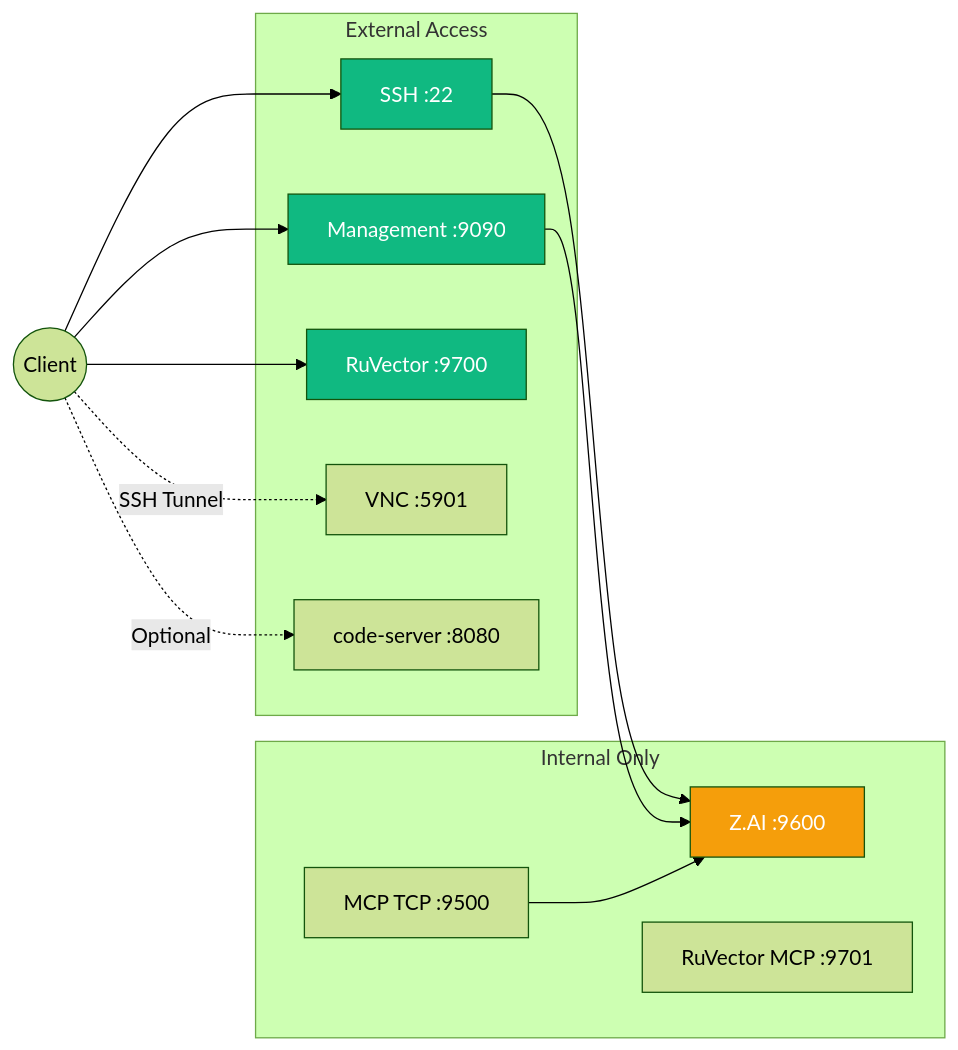
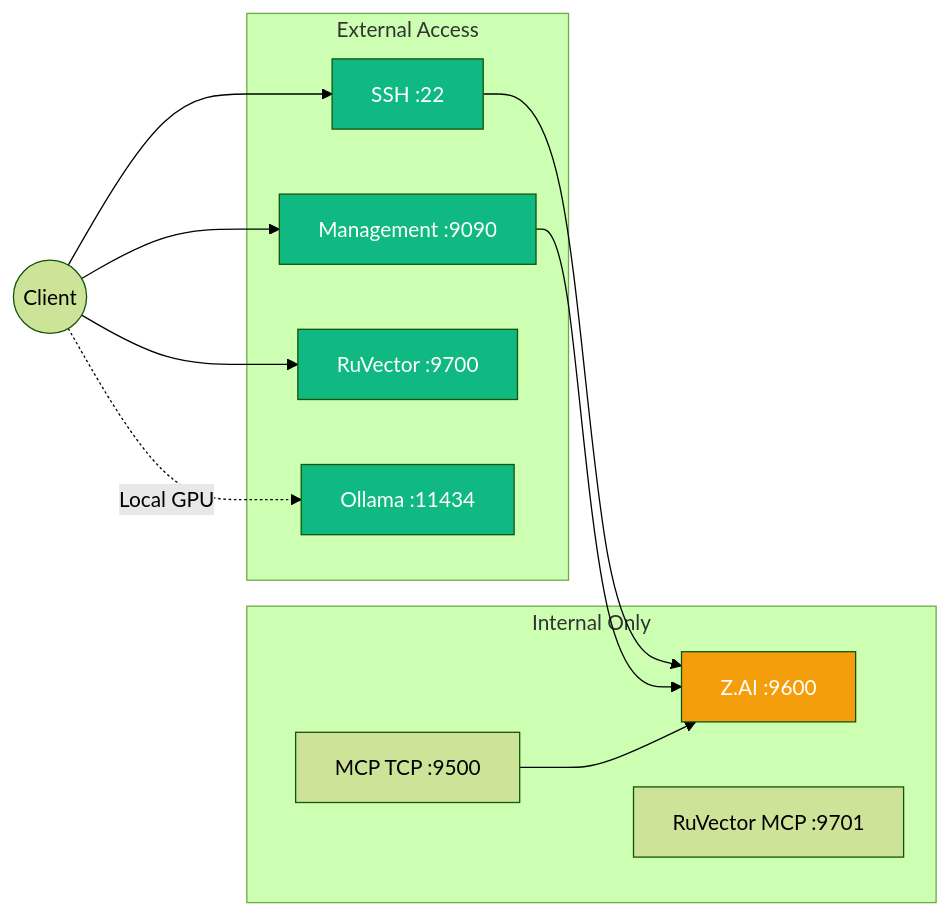
The third of 9 diagrams in README.md (DreamLab-AI/agentbox), drawn with Mermaid (forest theme) before and after one commit. The commit also changed other lines of this file and 5 other files, not shown here.

First line of the commit message:
Add local AMD GPU inference via Ollama Vulkan, document deployment modes

````diff
--- a/README.md
+++ b/README.md
@@ -157,31 +312,30 @@
 ```mermaid
 graph LR
     subgraph "External Access"
         SSH[SSH :22]
         MGMT[Management :9090]
         RUV[RuVector :9700]
-        VNC[VNC :5901]
-        CODE[code-server :8080]
+        OLLAMA_PORT[Ollama :11434]
     end
 
     subgraph "Internal Only"
         ZAI[Z.AI :9600]
         MCP[MCP TCP :9500]
         RVMCP[RuVector MCP :9701]
     end
 
     CLIENT((Client)) --> SSH
     CLIENT --> MGMT
     CLIENT --> RUV
-    CLIENT -.->|"SSH Tunnel"| VNC
-    CLIENT -.->|"Optional"| CODE
+    CLIENT -.->|"Local GPU"| OLLAMA_PORT
 
     SSH --> ZAI
     MGMT --> ZAI
     MCP --> ZAI
 
     style ZAI fill:#f59e0b,color:#fff
     style SSH fill:#10b981,color:#fff
     style MGMT fill:#10b981,color:#fff
     style RUV fill:#10b981,color:#fff
+    style OLLAMA_PORT fill:#10b981,color:#fff
 ```
````
